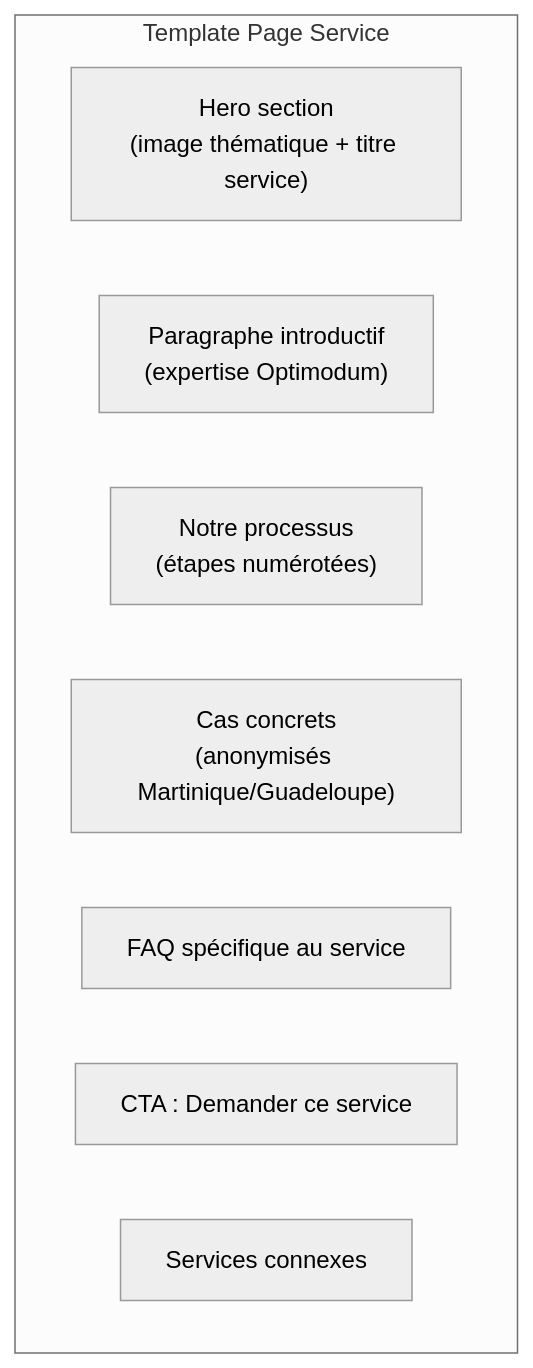
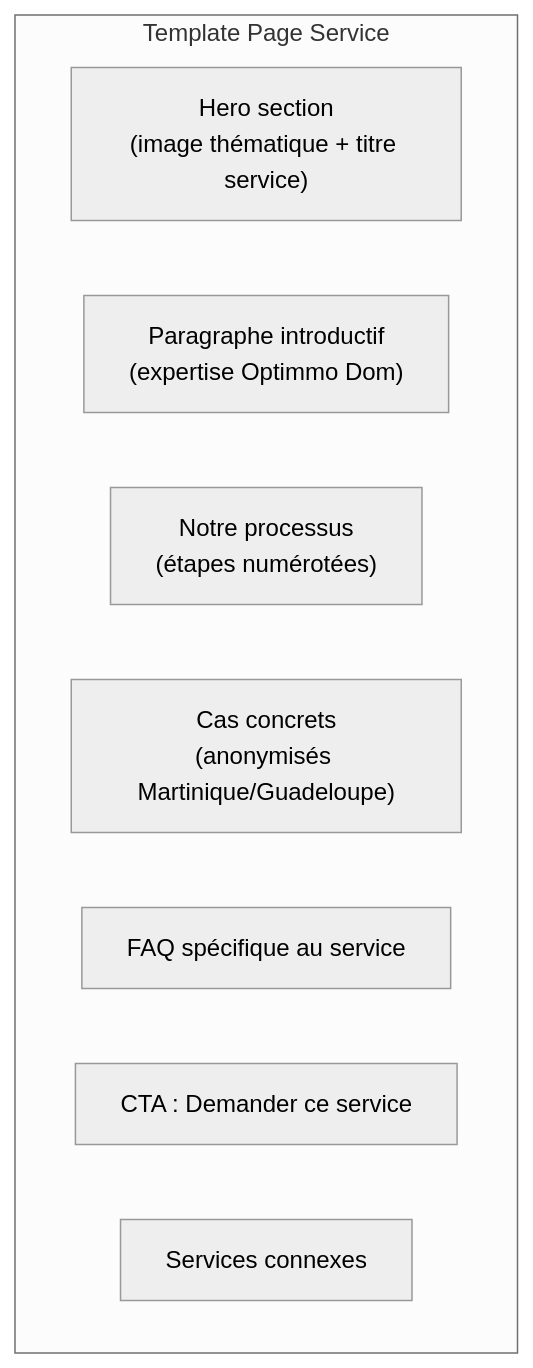
One commit to senegal972/fidi-etude-marche changed the fourth of 5 diagrams in optimodum-website/specs/02_espace_public.md. Above: the diagram before and after it, drawn with Mermaid (neutral theme). The commit also changed other lines of this file and 7 other files, not shown here.

First line of the commit message:
fix(optimmo-dom): correction nom société Optimmo Dom + CSS partagé Phase 2

````diff
--- a/optimodum-website/specs/02_espace_public.md
+++ b/optimodum-website/specs/02_espace_public.md
@@ -215,12 +215,12 @@
 ```mermaid
 graph TB
     subgraph PAGE_SERVICE["Template Page Service"]
         HERO_S["Hero section\n(image thématique + titre service)"]
-        INTRO["Paragraphe introductif\n(expertise Optimodum)"]
+        INTRO["Paragraphe introductif\n(expertise Optimmo Dom)"]
         PROCESS["Notre processus\n(étapes numérotées)"]
         CASES["Cas concrets\n(anonymisés Martinique/Guadeloupe)"]
         FAQ["FAQ spécifique au service"]
         CTA_SERVICE["CTA : Demander ce service"]
         RELATED["Services connexes"]
     end
 ```
````
